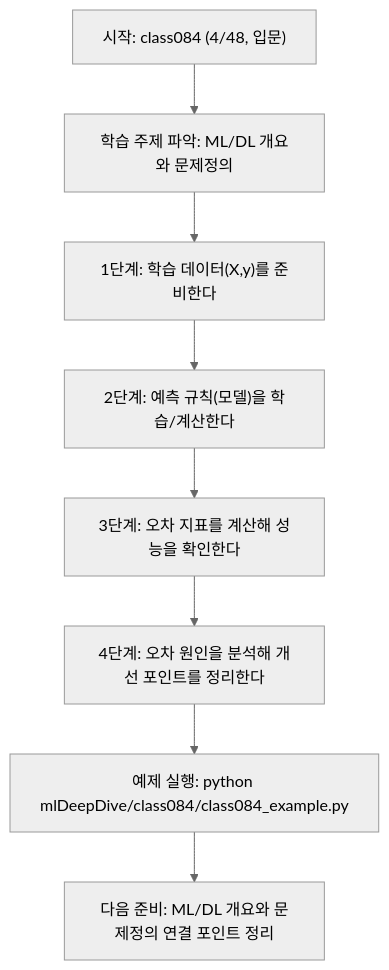
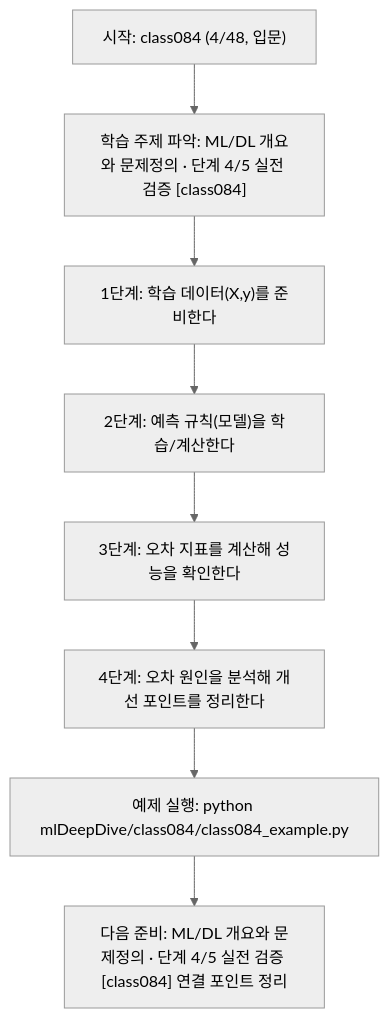
The diagram in mlDeepDive/class084/class084.md (edumgt/Python-AI_Agent-Class), drawn with Mermaid (neutral theme) before and after one commit. The commit also changed other lines of this file and 522 other files, not shown here.

````diff
--- a/mlDeepDive/class084/class084.md
+++ b/mlDeepDive/class084/class084.md
@@ -110,18 +111,18 @@
 ```mermaid
 flowchart TD
 N1["시작: class084 (4/48, 입문)"]
-N2["학습 주제 파악: ML/DL 개요와 문제정의"]
+N2["학습 주제 파악: ML/DL 개요와 문제정의 · 단계 4/5 실전 검증 [class084]"]
 N3["1단계: 학습 데이터(X,y)를 준비한다"]
 N4["2단계: 예측 규칙(모델)을 학습/계산한다"]
 N5["3단계: 오차 지표를 계산해 성능을 확인한다"]
 N6["4단계: 오차 원인을 분석해 개선 포인트를 정리한다"]
 N7["예제 실행: python mlDeepDive/class084/class084_example.py"]
-N8["다음 준비: ML/DL 개요와 문제정의 연결 포인트 정리"]
+N8["다음 준비: ML/DL 개요와 문제정의 · 단계 4/5 실전 검증 [class084] 연결 포인트 정리"]
 N1 --> N2
 N2 --> N3
 N3 --> N4
 N4 --> N5
 N5 --> N6
 N6 --> N7
 N7 --> N8
 ```
````
